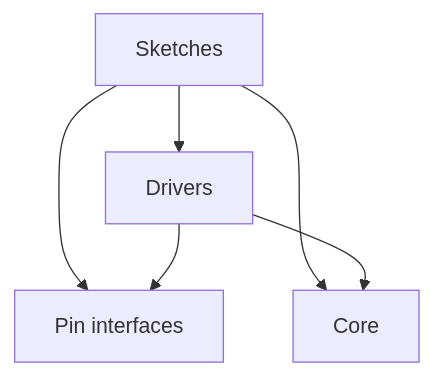
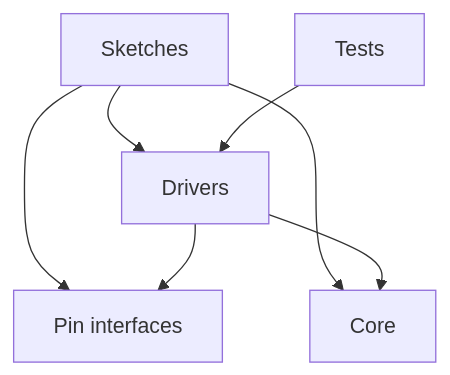
Before and after one commit to lmarqs/esp-rc-car: the diagram in docs/architecture.md, drawn with Mermaid. The commit also changed other lines of this file and 7 other files, not shown here.

````diff
--- a/docs/architecture.md
+++ b/docs/architecture.md
@@ -32,8 +38,9 @@
 ```mermaid
 flowchart TD
   sketches[Sketches] --> drivers[Drivers]
   sketches --> pins[Pin interfaces]
   drivers --> pins
   sketches --> core[Core]
   drivers --> core
+  tests[Tests] --> drivers
 ```
````
